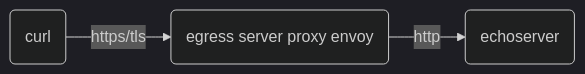
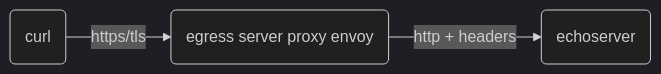
Before and after one commit to ctyano/athenz-distribution: diagram 13 of 17 in docs/ENVOY.md, drawn with Mermaid (dark theme). The commit also changed other lines of this file and 5 other files, not shown here.

````diff
--- a/docs/ENVOY.md
+++ b/docs/ENVOY.md
@@ -217,4 +217,4 @@
 ```mermaid
 flowchart LR
-A(curl) -->|https/tls| B(egress server proxy envoy) -->|http| C(echoserver)
+A(curl) -->|https/tls| B(egress server proxy envoy) -->|http + headers| C(echoserver)
 ```
````
